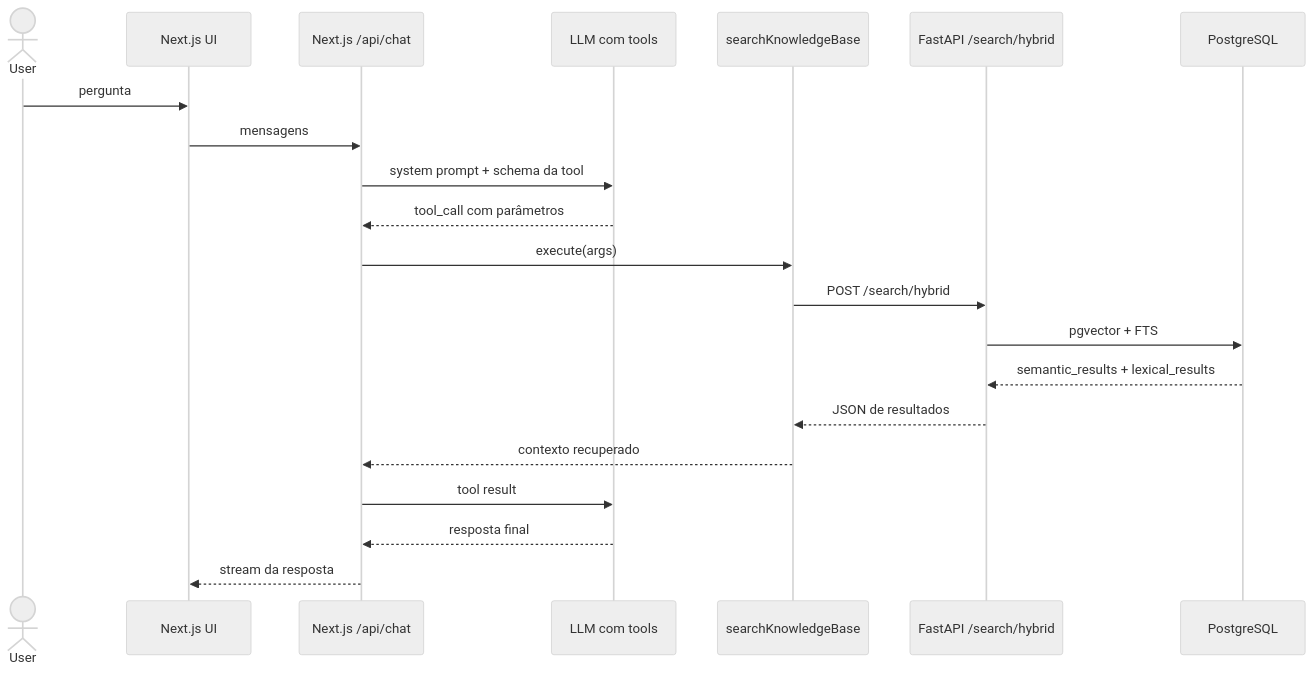
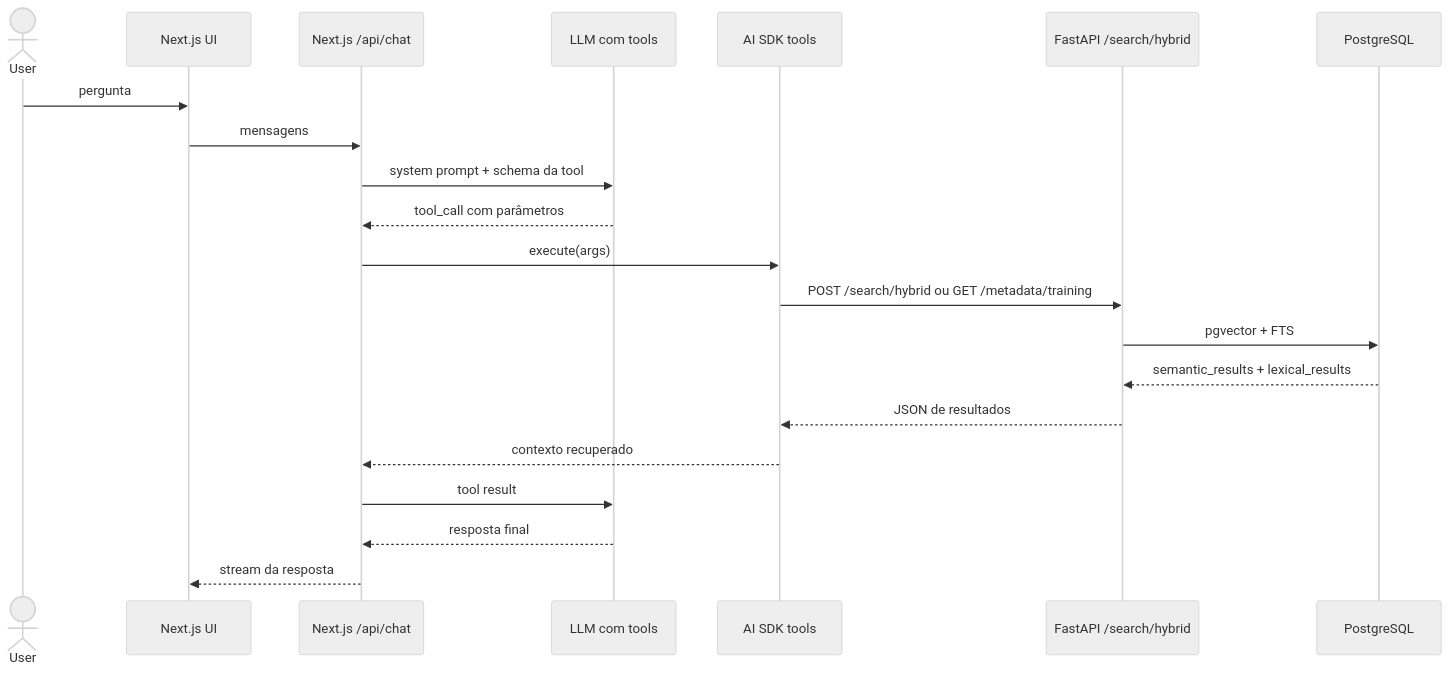
One commit to pedroandrade03/rag-intelligence changed the seventh of 8 diagrams in docs/presentation-delivery-checklist.md. Above: the diagram before and after it, drawn with Mermaid (neutral theme). The commit also changed other lines of this file and 5 other files, not shown here.

````diff
--- a/docs/presentation-delivery-checklist.md
+++ b/docs/presentation-delivery-checklist.md
@@ -325,24 +326,24 @@
 ```mermaid
 sequenceDiagram
     actor User
     participant UI as Next.js UI
     participant BFF as Next.js /api/chat
     participant Model as LLM com tools
-    participant Tool as searchKnowledgeBase
+    participant Tool as AI SDK tools
     participant API as FastAPI /search/hybrid
     participant PG as PostgreSQL
 
     User->>UI: pergunta
     UI->>BFF: mensagens
     BFF->>Model: system prompt + schema da tool
     Model-->>BFF: tool_call com parâmetros
     BFF->>Tool: execute(args)
-    Tool->>API: POST /search/hybrid
+    Tool->>API: POST /search/hybrid ou GET /metadata/training
     API->>PG: pgvector + FTS
     PG-->>API: semantic_results + lexical_results
     API-->>Tool: JSON de resultados
     Tool-->>BFF: contexto recuperado
     BFF->>Model: tool result
     Model-->>BFF: resposta final
     BFF-->>UI: stream da resposta
 ```
````
